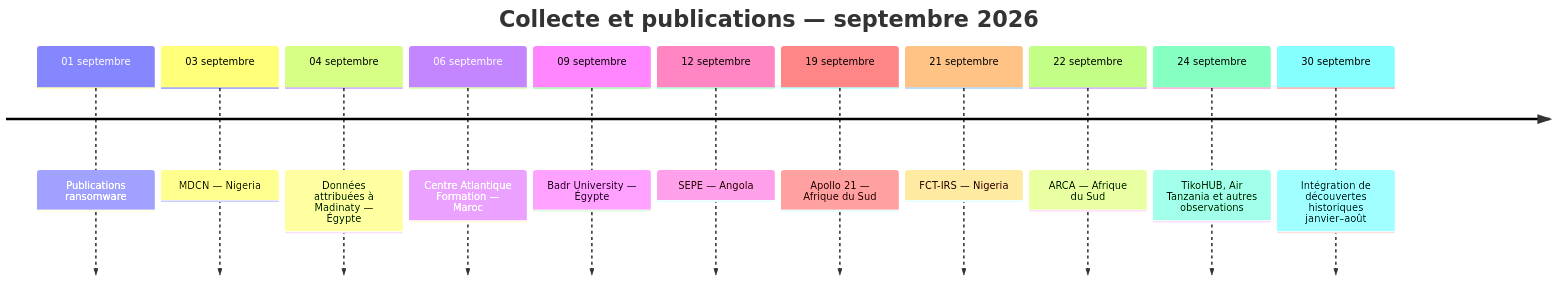
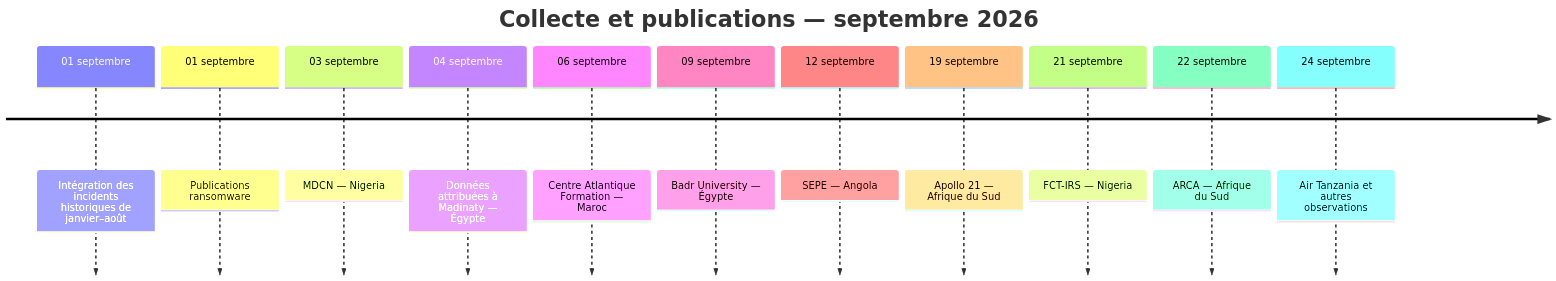
The tenth of 10 diagrams in CyberAttackAfrica/2026/09-september/README_FR.md (Hatchepsoute/AFRINTEL), drawn with Mermaid before and after one commit. The commit also changed other lines of this file and 30 other files, not shown here.

````diff
--- a/CyberAttackAfrica/2026/09-september/README_FR.md
+++ b/CyberAttackAfrica/2026/09-september/README_FR.md
@@ -195,15 +249,15 @@
 ```mermaid
 timeline
     title Collecte et publications — septembre 2026
+    01 septembre : Intégration des incidents historiques de janvier–août
     01 septembre : Publications ransomware
     03 septembre : MDCN — Nigeria
     04 septembre : Données attribuées à Madinaty — Égypte
     06 septembre : Centre Atlantique Formation — Maroc
     09 septembre : Badr University — Égypte
     12 septembre : SEPE — Angola
     19 septembre : Apollo 21 — Afrique du Sud
     21 septembre : FCT-IRS — Nigeria
     22 septembre : ARCA — Afrique du Sud
-    24 septembre : TikoHUB, Air Tanzania et autres observations
-    30 septembre : Intégration de découvertes historiques janvier–août
+    24 septembre : Air Tanzania et autres observations
 ```
````
